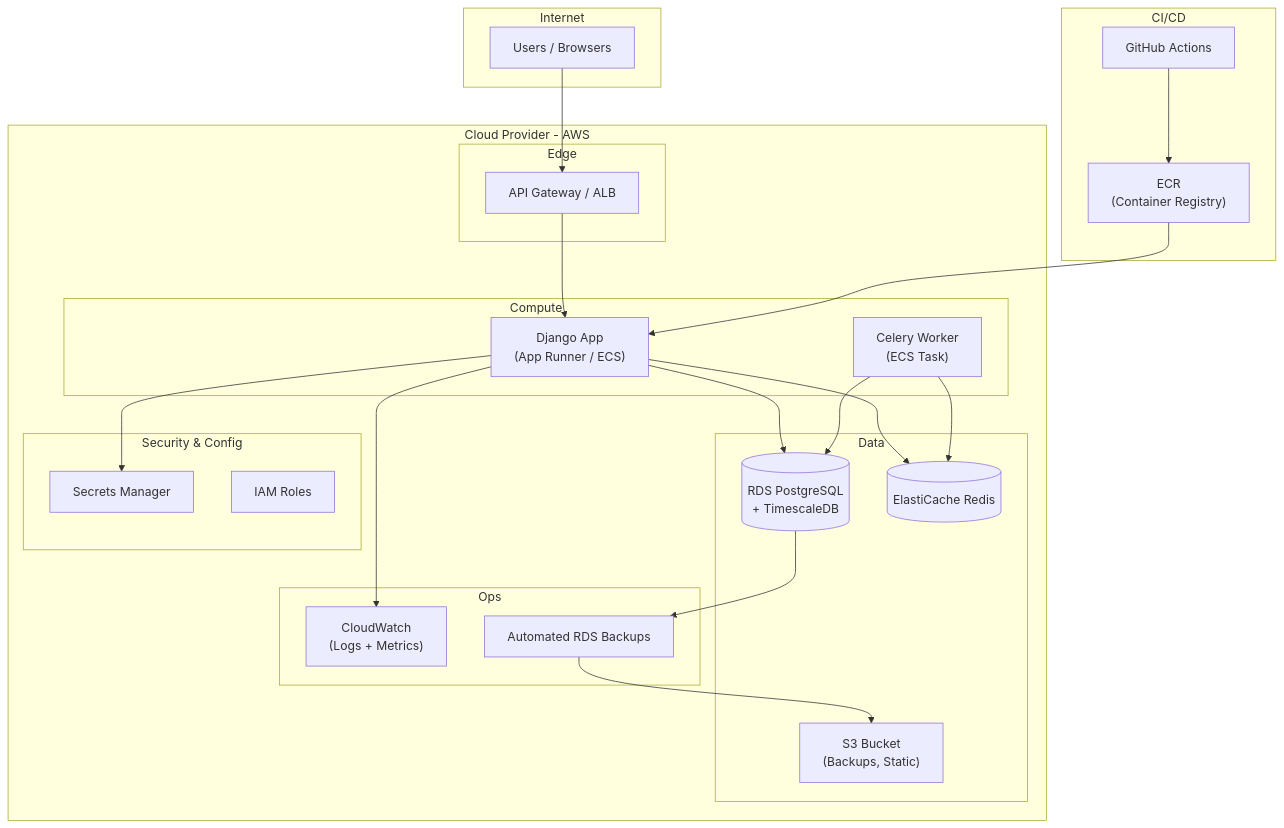
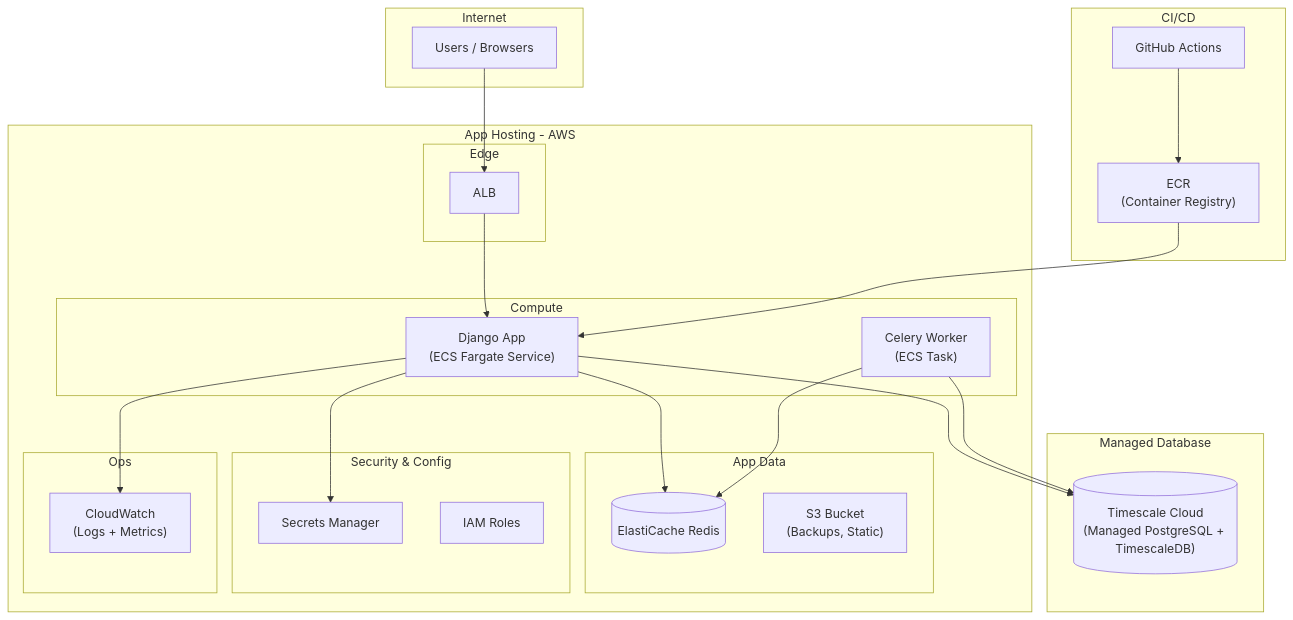
Before and after one commit to elvisrepo/long: the third of 6 diagrams in planning.md, drawn with Mermaid. The commit also changed other lines of this file, not shown here.

````diff
--- a/planning.md
+++ b/planning.md
@@ -267,49 +276,49 @@
 ```mermaid
 graph TB
     subgraph "Internet"
         USER["Users / Browsers"]
     end
 
-    subgraph "Cloud Provider - AWS"
+    subgraph "App Hosting - AWS"
         subgraph "Edge"
-            GW["API Gateway / ALB"]
+            GW["ALB"]
         end
 
         subgraph "Compute"
-            APP["Django App<br/>(App Runner / ECS)"]
+            APP["Django App<br/>(ECS Fargate Service)"]
             WORKER["Celery Worker<br/>(ECS Task)"]
         end
 
-        subgraph "Data"
-            RDS[("RDS PostgreSQL<br/>+ TimescaleDB")]
+        subgraph "App Data"
             ELASTICACHE[("ElastiCache Redis")]
             S3["S3 Bucket<br/>(Backups, Static)"]
         end
 
         subgraph "Security & Config"
             SECRETS["Secrets Manager"]
             IAM["IAM Roles"]
         end
 
         subgraph "Ops"
             CW["CloudWatch<br/>(Logs + Metrics)"]
-            BACKUP["Automated RDS Backups"]
         end
+    end
+
+    subgraph "Managed Database"
+        TSDB[("Timescale Cloud<br/>(Managed PostgreSQL + TimescaleDB)")]
     end
 
     subgraph "CI/CD"
         GHA["GitHub Actions"]
         ECR["ECR<br/>(Container Registry)"]
     end
 
     USER --> GW --> APP
-    APP --> RDS
+    APP --> TSDB
     APP --> ELASTICACHE
     APP --> SECRETS
-    WORKER --> RDS
+    WORKER --> TSDB
     WORKER --> ELASTICACHE
     GHA --> ECR --> APP
-    RDS --> BACKUP
-    BACKUP --> S3
     APP --> CW
 ```
````
